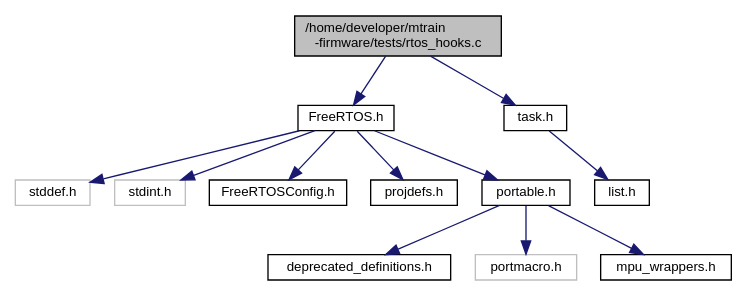
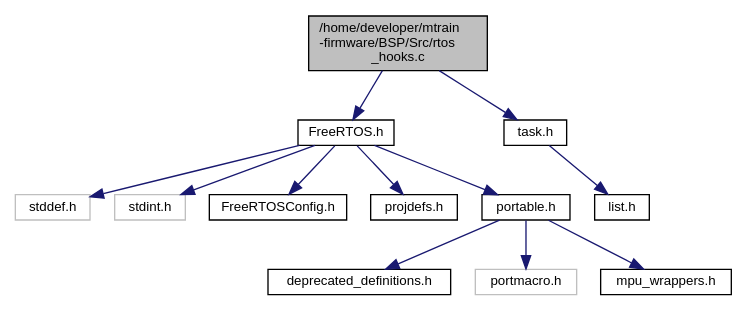
One commit to RoboJackets/mtrain-firmware changed the diagram in rtos__hooks_8c__incl.dot. Above: the diagram before and after it, drawn with Graphviz. The commit also changed 3732 other files, not shown here.

```diff
--- a/rtos__hooks_8c__incl.dot
+++ b/rtos__hooks_8c__incl.dot
@@ -1,28 +1,28 @@
-digraph "/home/developer/mtrain-firmware/tests/rtos_hooks.c"
+digraph "/home/developer/mtrain-firmware/BSP/Src/rtos_hooks.c"
 {
   edge [fontname="Helvetica",fontsize="10",labelfontname="Helvetica",labelfontsize="10"];
   node [fontname="Helvetica",fontsize="10",shape=record];
-  Node0 [label="/home/developer/mtrain\l-firmware/tests/rtos_hooks.c",height=0.2,width=0.4,color="black", fillcolor="grey75", style="filled", fontcolor="black"];
+  Node0 [label="/home/developer/mtrain\l-firmware/BSP/Src/rtos\l_hooks.c",height=0.2,width=0.4,color="black", fillcolor="grey75", style="filled", fontcolor="black"];
   Node0 -> Node1 [color="midnightblue",fontsize="10",style="solid",fontname="Helvetica"];
   Node1 [label="FreeRTOS.h",height=0.2,width=0.4,color="black", fillcolor="white", style="filled",URL="$_free_r_t_o_s_8h.html"];
   Node1 -> Node2 [color="midnightblue",fontsize="10",style="solid",fontname="Helvetica"];
   Node2 [label="stddef.h",height=0.2,width=0.4,color="grey75", fillcolor="white", style="filled"];
   Node1 -> Node3 [color="midnightblue",fontsize="10",style="solid",fontname="Helvetica"];
   Node3 [label="stdint.h",height=0.2,width=0.4,color="grey75", fillcolor="white", style="filled"];
   Node1 -> Node4 [color="midnightblue",fontsize="10",style="solid",fontname="Helvetica"];
   Node4 [label="FreeRTOSConfig.h",height=0.2,width=0.4,color="black", fillcolor="white", style="filled",URL="$_free_r_t_o_s_config_8h.html"];
   Node1 -> Node5 [color="midnightblue",fontsize="10",style="solid",fontname="Helvetica"];
   Node5 [label="projdefs.h",height=0.2,width=0.4,color="black", fillcolor="white", style="filled",URL="$projdefs_8h.html"];
   Node1 -> Node6 [color="midnightblue",fontsize="10",style="solid",fontname="Helvetica"];
   Node6 [label="portable.h",height=0.2,width=0.4,color="black", fillcolor="white", style="filled",URL="$portable_8h.html"];
   Node6 -> Node7 [color="midnightblue",fontsize="10",style="solid",fontname="Helvetica"];
   Node7 [label="deprecated_definitions.h",height=0.2,width=0.4,color="black", fillcolor="white", style="filled",URL="$deprecated__definitions_8h.html"];
   Node6 -> Node8 [color="midnightblue",fontsize="10",style="solid",fontname="Helvetica"];
   Node8 [label="portmacro.h",height=0.2,width=0.4,color="grey75", fillcolor="white", style="filled"];
   Node6 -> Node9 [color="midnightblue",fontsize="10",style="solid",fontname="Helvetica"];
   Node9 [label="mpu_wrappers.h",height=0.2,width=0.4,color="black", fillcolor="white", style="filled",URL="$mpu__wrappers_8h.html"];
   Node0 -> Node10 [color="midnightblue",fontsize="10",style="solid",fontname="Helvetica"];
   Node10 [label="task.h",height=0.2,width=0.4,color="black", fillcolor="white", style="filled",URL="$task_8h.html"];
   Node10 -> Node11 [color="midnightblue",fontsize="10",style="solid",fontname="Helvetica"];
   Node11 [label="list.h",height=0.2,width=0.4,color="black", fillcolor="white", style="filled",URL="$list_8h.html"];
 }
```
